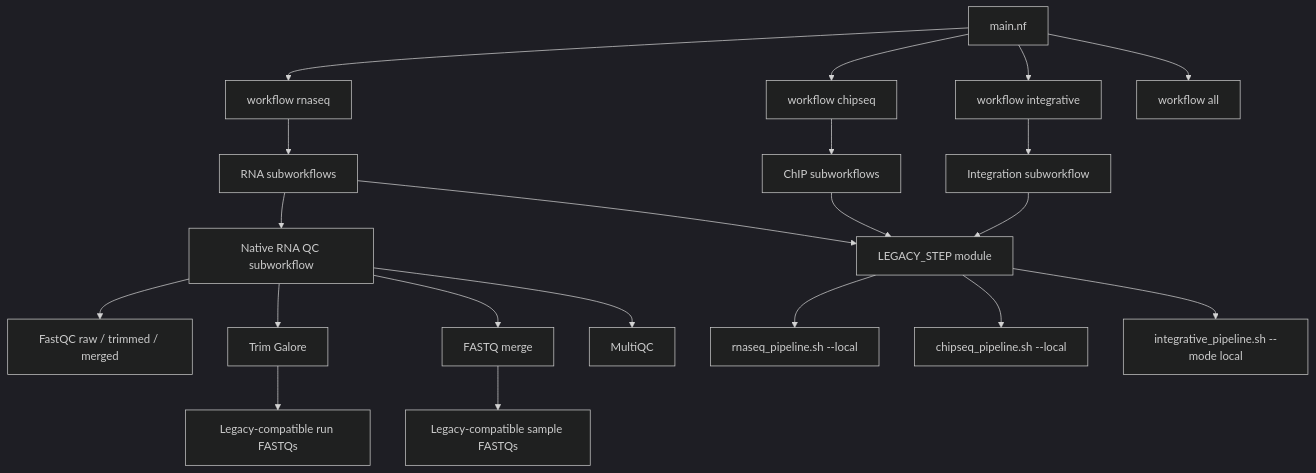
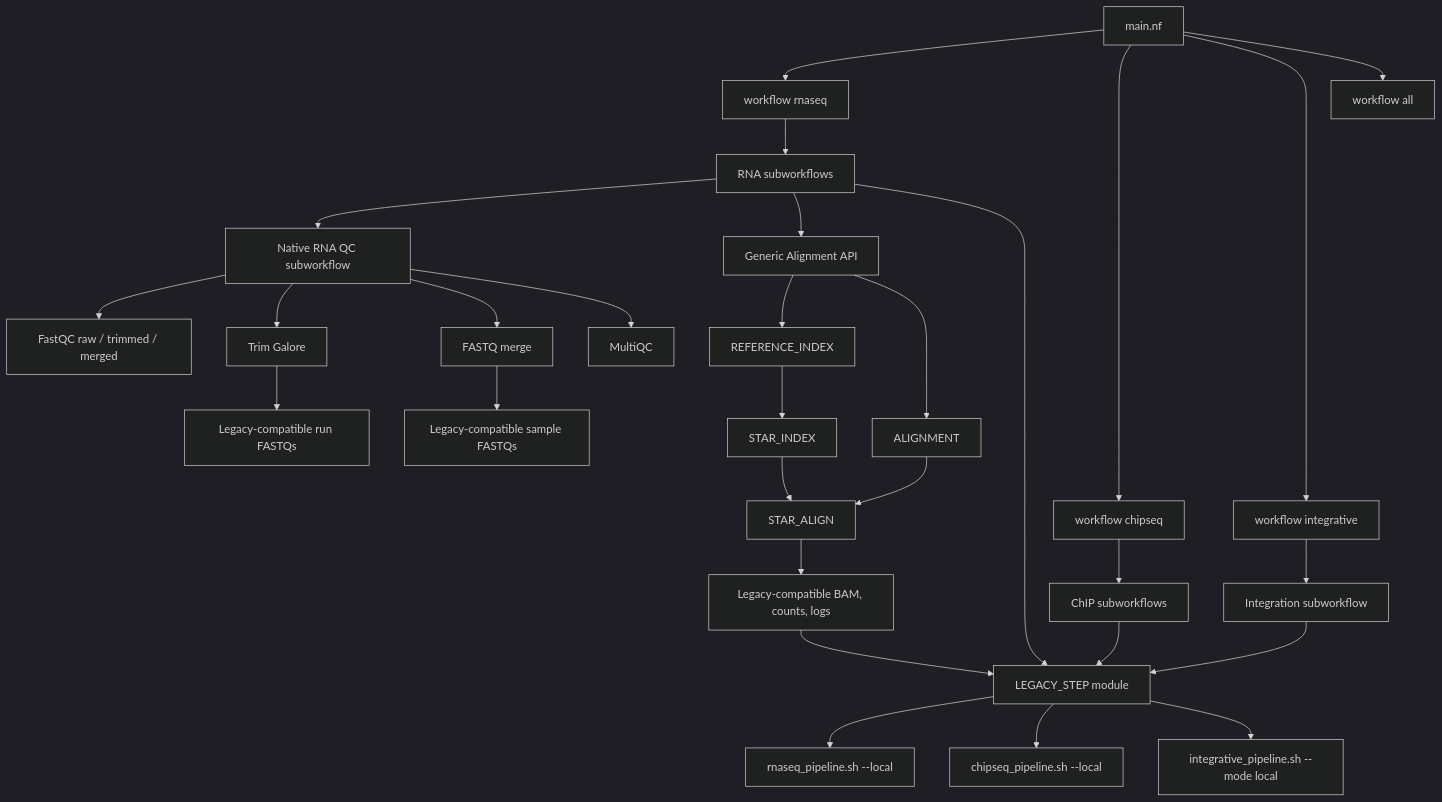
One commit to GMiguelAlves/HelixForge changed the diagram in docs/architecture.md. Above: the diagram before and after it, drawn with Mermaid (dark theme). The commit also changed other lines of this file and 9 other files, not shown here.

````diff
--- a/docs/architecture.md
+++ b/docs/architecture.md
@@ -3,26 +3,34 @@
 ```mermaid
 flowchart TB
     MAIN["main.nf"] --> RNA["workflow rnaseq"]
     MAIN --> CHIP["workflow chipseq"]
     MAIN --> INT["workflow integrative"]
     MAIN --> ALL["workflow all"]
 
     RNA --> RSW["RNA subworkflows"]
     CHIP --> CSW["ChIP subworkflows"]
     INT --> ISW["Integration subworkflow"]
 
     RSW --> QC["Native RNA QC subworkflow"]
+    RSW --> RNAALIGN["Generic Alignment API"]
     RSW --> WRAP["LEGACY_STEP module"]
     CSW --> WRAP
     ISW --> WRAP
 
     WRAP --> RB["rnaseq_pipeline.sh --local"]
     WRAP --> CB["chipseq_pipeline.sh --local"]
     WRAP --> IB["integrative_pipeline.sh --mode local"]
     QC --> FASTQC["FastQC raw / trimmed / merged"]
     QC --> TRIM["Trim Galore"]
     QC --> MERGE["FASTQ merge"]
     QC --> MULTIQC["MultiQC"]
+    RNAALIGN --> REFINDEX["REFERENCE_INDEX"]
+    REFINDEX --> STARINDEX["STAR_INDEX"]
+    RNAALIGN --> ALIGN["ALIGNMENT"]
+    ALIGN --> STARALIGN["STAR_ALIGN"]
+    STARINDEX --> STARALIGN
+    STARALIGN --> STAROUT["Legacy-compatible BAM, counts, logs"]
+    STAROUT --> WRAP
     TRIM --> TRIMMED["Legacy-compatible run FASTQs"]
     MERGE --> MERGED["Legacy-compatible sample FASTQs"]
 ```
````
